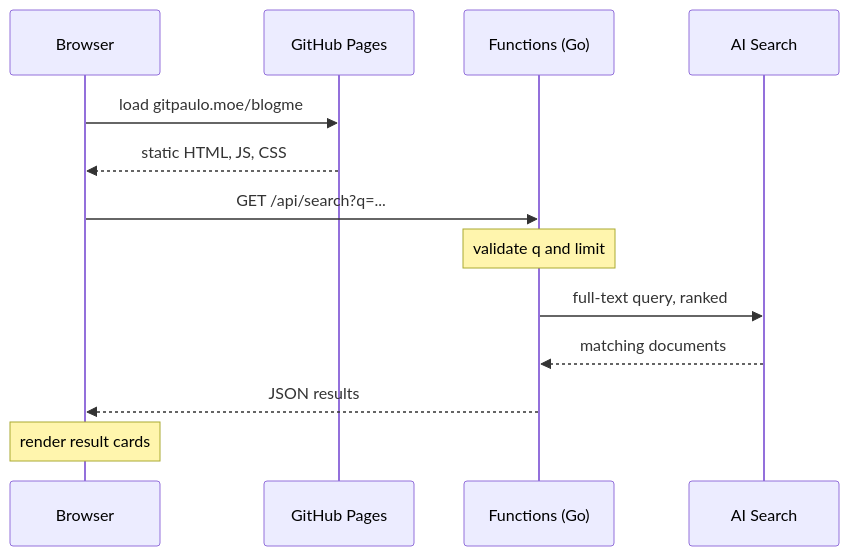
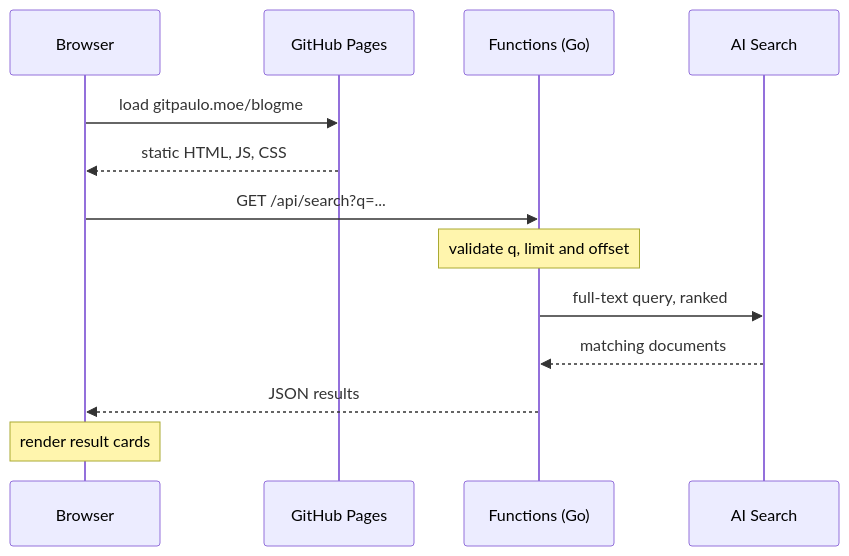
Before and after one commit to GitPaulo/blogme: the third of 5 diagrams in docs/how-it-works.md, drawn with Mermaid. The commit also changed other lines of this file and 8 other files, not shown here.

````diff
--- a/docs/how-it-works.md
+++ b/docs/how-it-works.md
@@ -88,16 +88,16 @@
 ```mermaid
 sequenceDiagram
     participant U as Browser
     participant P as GitHub Pages
     participant F as Functions (Go)
     participant S as AI Search
 
     U->>P: load gitpaulo.moe/blogme
     P-->>U: static HTML, JS, CSS
     U->>F: GET /api/search?q=...
-    Note over F: validate q and limit
+    Note over F: validate q, limit and offset
     F->>S: full-text query, ranked
     S-->>F: matching documents
     F-->>U: JSON results
     Note over U: render result cards
 ```
````
